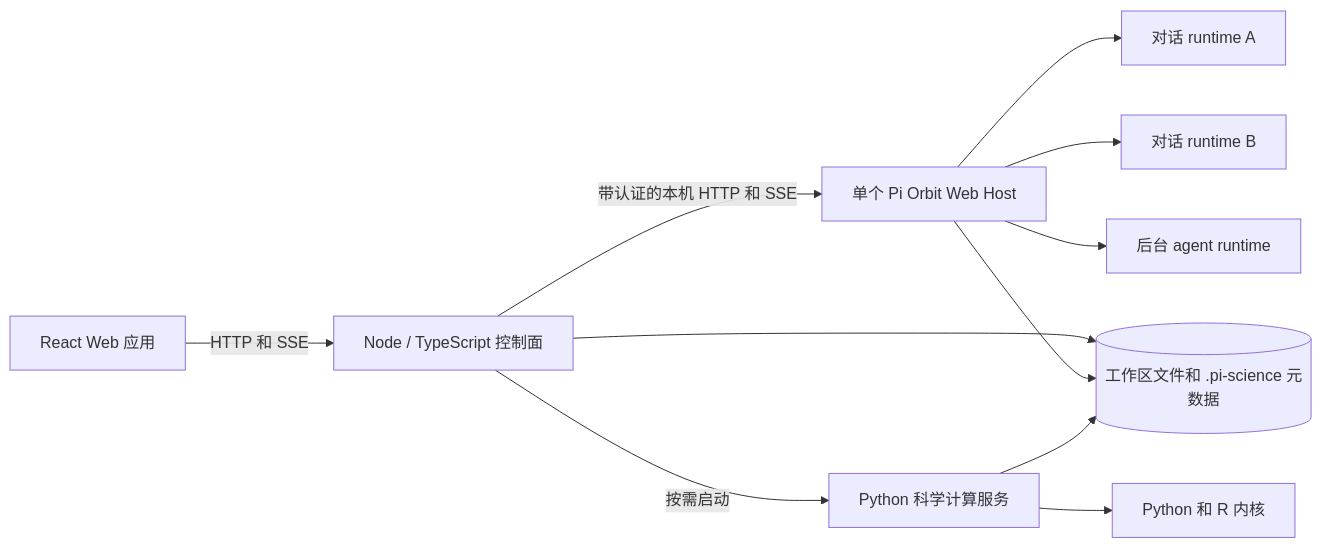
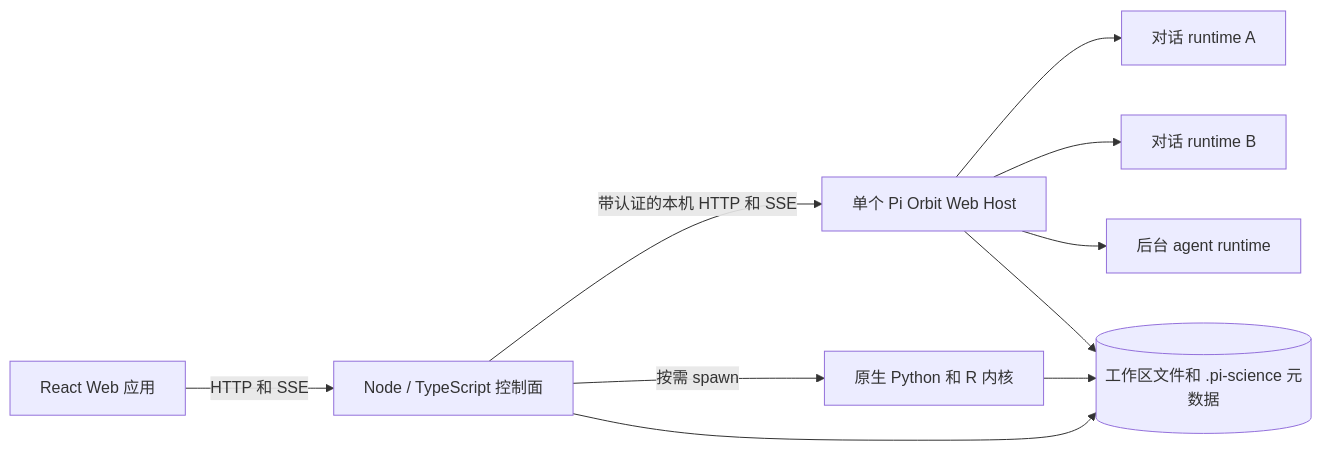
The first of 2 diagrams in docs/architecture.zh-CN.md (Garhorne0813/pi-science), drawn with Mermaid before and after one commit. The commit also changed other lines of this file and 12 other files, not shown here.

````diff
--- a/docs/architecture.zh-CN.md
+++ b/docs/architecture.zh-CN.md
@@ -10,13 +10,12 @@
 ```mermaid
 flowchart LR
     UI[React Web 应用] -->|HTTP 和 SSE| CP[Node / TypeScript 控制面]
     CP -->|带认证的本机 HTTP 和 SSE| PH[单个 Pi Orbit Web Host]
     PH --> R1[对话 runtime A]
     PH --> R2[对话 runtime B]
     PH --> RN[后台 agent runtime]
-    CP -->|按需启动| PY[Python 科学计算服务]
-    PY --> K[Python 和 R 内核]
+    CP -->|按需 spawn| K[原生 Python 和 R 内核]
     CP --> WS[(工作区文件和 .pi-science 元数据)]
     PH --> WS
-    PY --> WS
+    K --> WS
 ```
````
